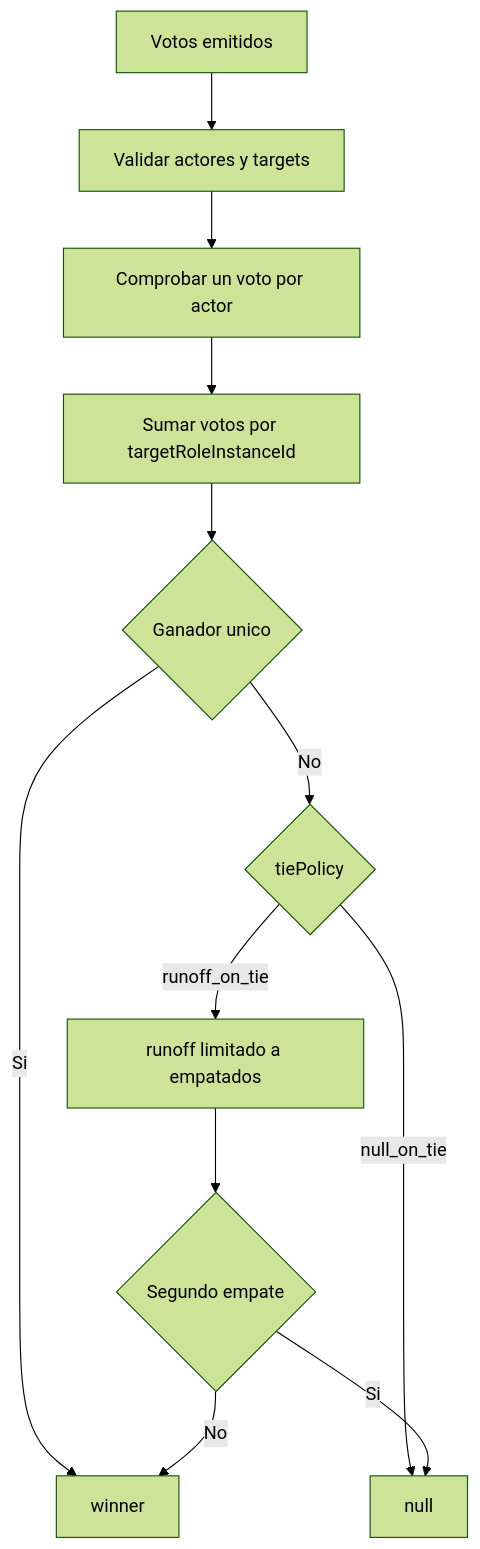
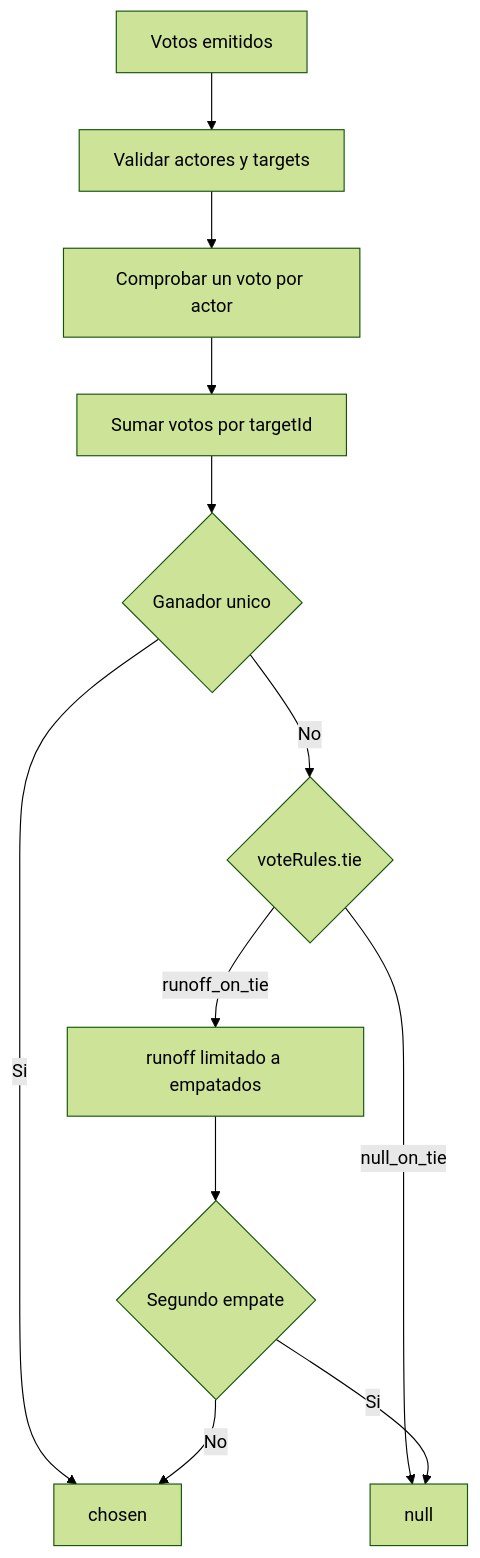
Diagram 12 of 13 in docs/engine_flow_map.md (juanramonmorandeira/castronegro-director), drawn with Mermaid (forest theme) before and after one commit. The commit also changed other lines of this file and 43 other files, not shown here.

````diff
--- a/docs/engine_flow_map.md
+++ b/docs/engine_flow_map.md
@@ -527,14 +587,14 @@
 ```mermaid
 flowchart TD
   A[Votos emitidos] --> B[Validar actores y targets]
   B --> C[Comprobar un voto por actor]
-  C --> D[Sumar votos por targetRoleInstanceId]
+  C --> D[Sumar votos por targetId]
   D --> E{Ganador unico}
-  E -->|Si| F[winner]
-  E -->|No| G{tiePolicy}
+  E -->|Si| F[chosen]
+  E -->|No| G{voteRules.tie}
   G -->|null_on_tie| H[null]
   G -->|runoff_on_tie| I[runoff limitado a empatados]
   I --> J{Segundo empate}
   J -->|Si| H
   J -->|No| F
 ```
````
